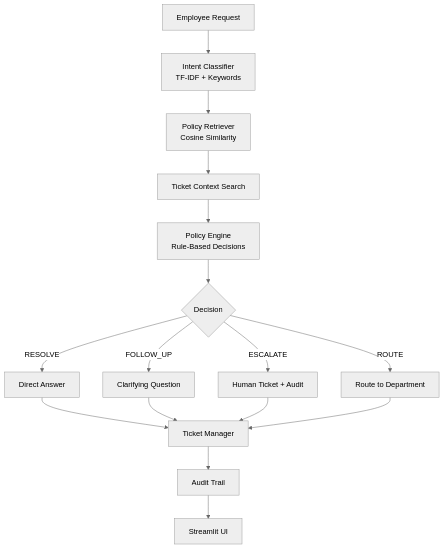
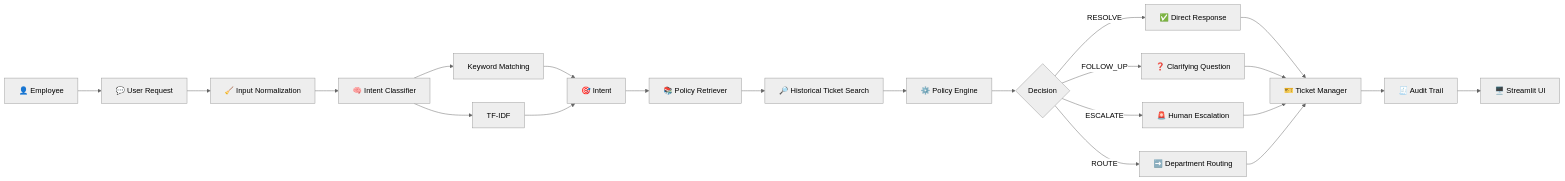
One commit to akashsinghsagar/veridian-it-agent changed the first of 7 diagrams in README.md. Above: the diagram before and after it, drawn with Mermaid (neutral theme). The commit also changed other lines of this file, not shown here.

````diff
--- a/README.md
+++ b/README.md
@@ -27,18 +57,33 @@
 ```mermaid
-flowchart TD
-    A[Employee Request] --> B[Intent Classifier\nTF-IDF + Keywords]
-    B --> C[Policy Retriever\nCosine Similarity]
-    C --> D[Ticket Context Search]
-    D --> E[Policy Engine\nRule-Based Decisions]
-    E --> F{Decision}
-    F -->|RESOLVE| G[Direct Answer]
-    F -->|FOLLOW_UP| H[Clarifying Question]
-    F -->|ESCALATE| I[Human Ticket + Audit]
-    F -->|ROUTE| J[Route to Department]
-    G --> K[Ticket Manager]
-    H --> K
-    I --> K
-    J --> K
-    K --> L[Audit Trail]
-    L --> M[Streamlit UI]
+flowchart LR
+    A["👤 Employee"] --> B["💬 User Request"]
+
+    B --> C["🧹 Input Normalization"]
+    C --> D["🧠 Intent Classifier"]
+
+    D --> D1["Keyword Matching"]
+    D --> D2["TF-IDF"]
+
+    D1 --> E["🎯 Intent"]
+    D2 --> E
+
+    E --> F["📚 Policy Retriever"]
+    F --> G["🔎 Historical Ticket Search"]
+
+    G --> H["⚙️ Policy Engine"]
+
+    H --> I{"Decision"}
+
+    I -->|RESOLVE| J["✅ Direct Response"]
+    I -->|FOLLOW_UP| K["❓ Clarifying Question"]
+    I -->|ESCALATE| L["🚨 Human Escalation"]
+    I -->|ROUTE| M["➡️ Department Routing"]
+
+    J --> N["🎫 Ticket Manager"]
+    K --> N
+    L --> N
+    M --> N
+
+    N --> O["🧾 Audit Trail"]
+    O --> P["🖥️ Streamlit UI"]
 ```
````
